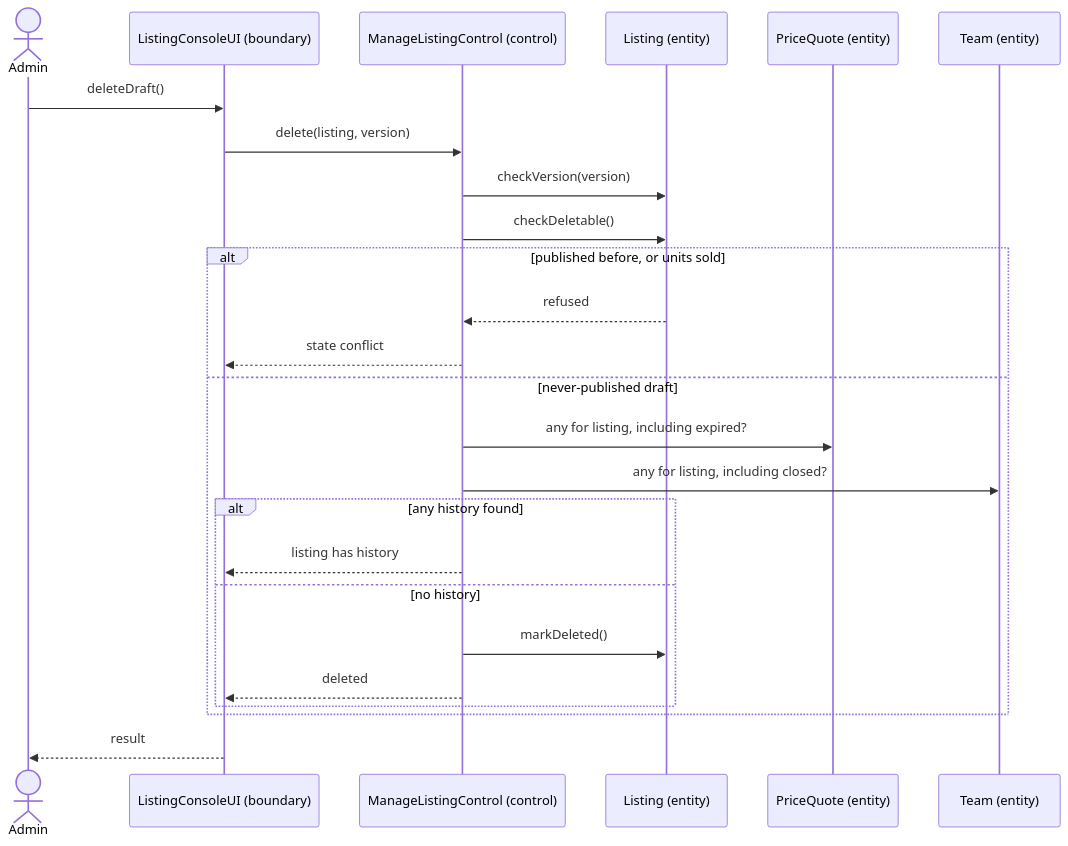
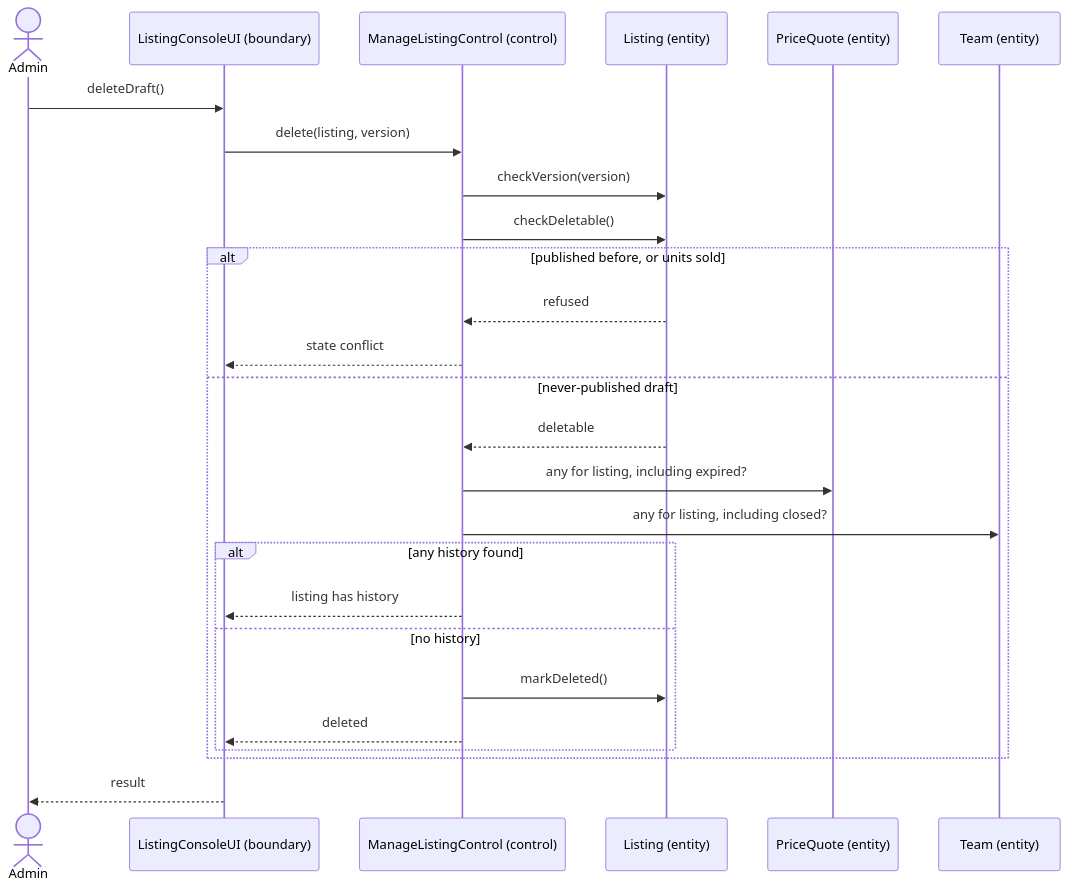
One commit to PPsyrius/iss-groupbuy-team8 changed the fifth of 17 diagrams in docs/swe5006/report/sections/03-4-5-liu-jin.md. Above: the diagram before and after it, drawn with Mermaid.

Commit message:
docs(report): Figure 3.99 draws the listing's deletable reply in the never-published branch at 3.4.5 B (#463) [owner: Liu Jin]
checkDeletable() had a reply only in the refused branch. At the else the
renderer reopened the listing's bar and the next call closed it at once,
so an empty box sat at the top of the never-published branch. The branch
now opens with the listing's answer, deletable, before the control
checks the other entities' history.

The listing's own rule either throws or lets the delete go on
(backend/blocbuy-domain/src/main/java/com/blocbuy/catalog/model/Product.java:297@6d14e449);
the application service then checks the references
(backend/blocbuy-application/src/main/java/com/blocbuy/catalog/service/AdminListingAppServiceImpl.java:124@6d14e449).

Owner: Liu Jin

Evidence-skipped: report figure; the sprint log entry of this PR covers it
Claude-Session: https://claude.ai/code/session_01JW6rqhVURQAqLAddc56V99

````diff
--- a/docs/swe5006/report/sections/03-4-5-liu-jin.md
+++ b/docs/swe5006/report/sections/03-4-5-liu-jin.md
@@ -254,27 +254,28 @@
 ```mermaid
 sequenceDiagram
     actor Admin
     participant UI as ListingConsoleUI (boundary)
     participant C as ManageListingControl (control)
     participant L as Listing (entity)
     participant P as PriceQuote (entity)
     participant T as Team (entity)
     Admin->>UI: deleteDraft()
     UI->>C: delete(listing, version)
     C->>L: checkVersion(version)
     C->>L: checkDeletable()
     alt published before, or units sold
         L-->>C: refused
         C-->>UI: state conflict
     else never-published draft
+        L-->>C: deletable
         C->>P: any for listing, including expired?
         C->>T: any for listing, including closed?
         alt any history found
             C-->>UI: listing has history
         else no history
             C->>L: markDeleted()
             C-->>UI: deleted
         end
     end
     UI-->>Admin: result
 ```
````
